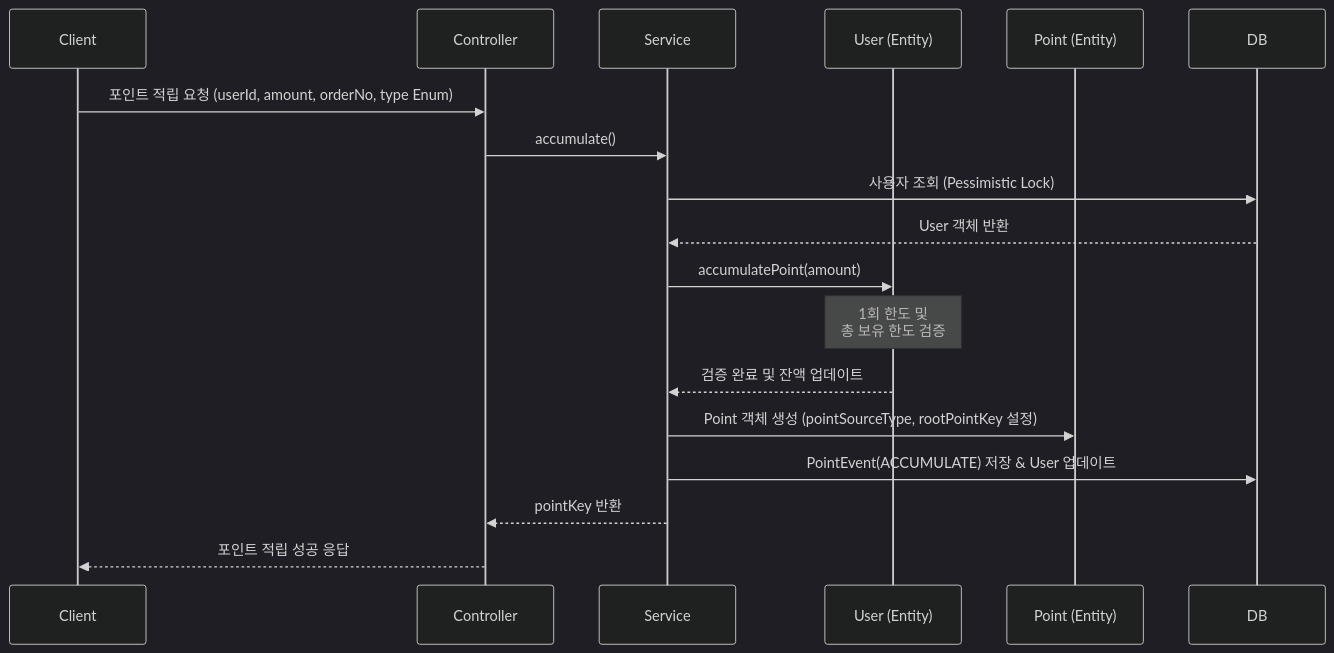
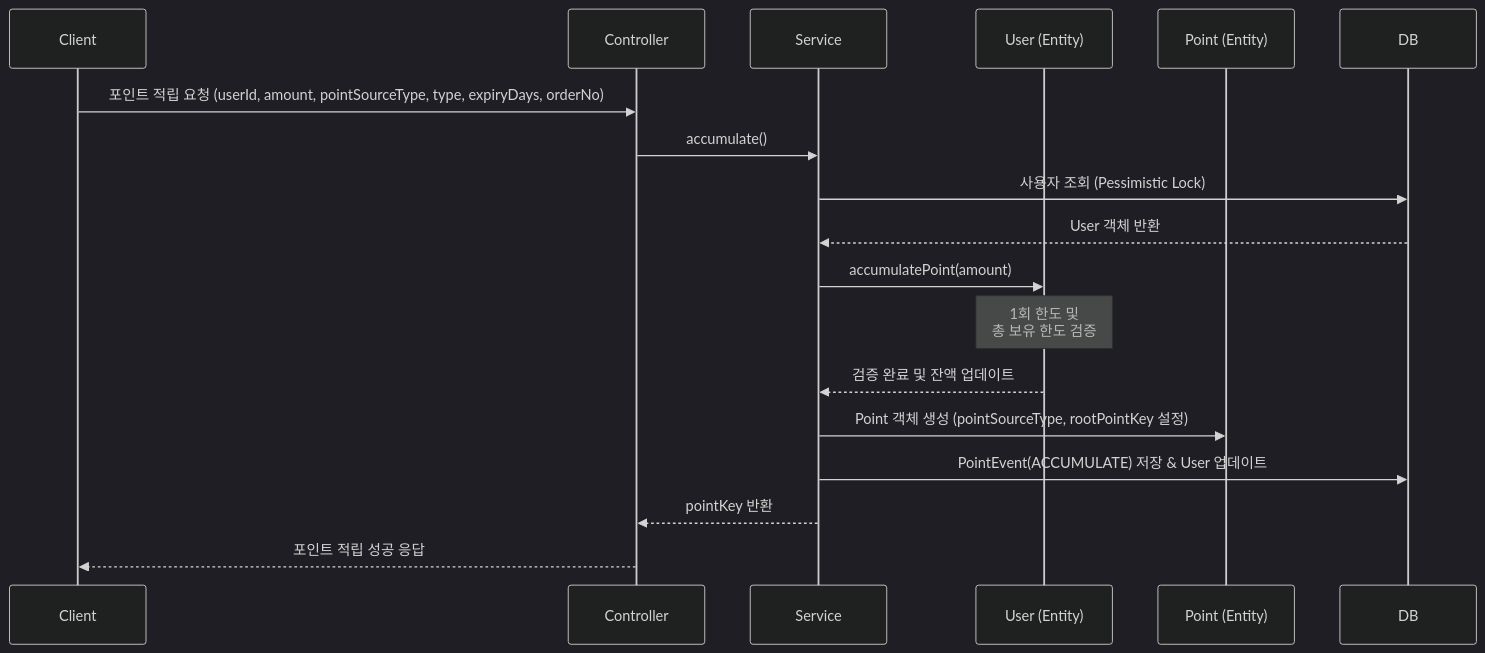
The second of 5 diagrams in README.md (muzzaiwork/point), drawn with Mermaid (dark theme) before and after one commit. The commit also changed other lines of this file, not shown here.

````diff
--- a/README.md
+++ b/README.md
@@ -229,21 +229,21 @@
 ```mermaid
 sequenceDiagram
     participant Client
     participant Controller
     participant Service
     participant UserEntity as User (Entity)
     participant PointEntity as Point (Entity)
     participant DB
 
-    Client->>Controller: 포인트 적립 요청 (userId, amount, orderNo, type Enum)
+    Client->>Controller: 포인트 적립 요청 (userId, amount, pointSourceType, type, expiryDays, orderNo)
     Controller->>Service: accumulate()
     Service->>DB: 사용자 조회 (Pessimistic Lock)
     DB-->>Service: User 객체 반환
     Service->>UserEntity: accumulatePoint(amount)
     Note over UserEntity: 1회 한도 및<br/>총 보유 한도 검증
     UserEntity-->>Service: 검증 완료 및 잔액 업데이트
     Service->>PointEntity: Point 객체 생성 (pointSourceType, rootPointKey 설정)
     Service->>DB: PointEvent(ACCUMULATE) 저장 & User 업데이트
     Service-->>Controller: pointKey 반환
     Controller-->>Client: 포인트 적립 성공 응답
 ```
````
